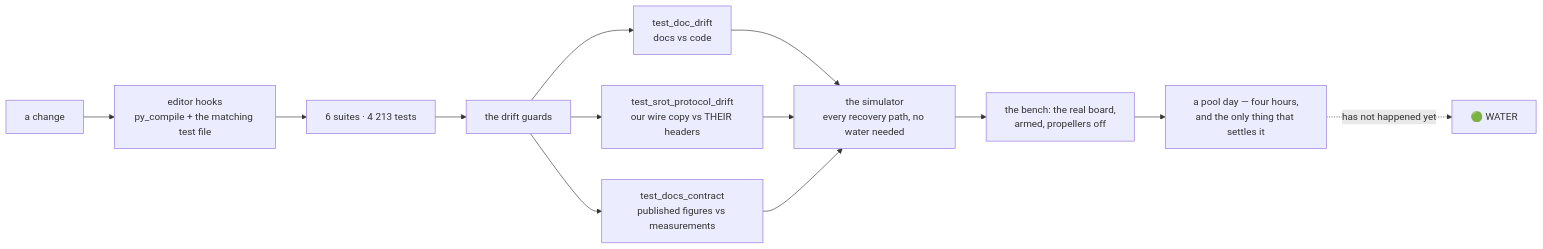
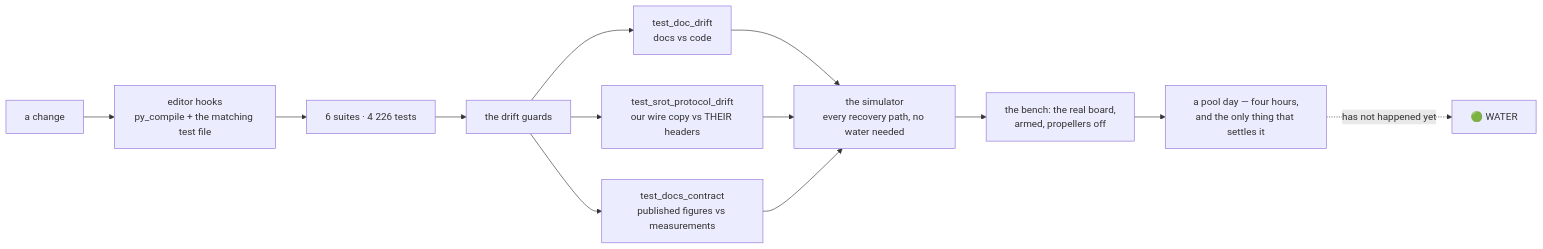
One commit to fh1m/mongla_ws changed the ninth of 10 diagrams in README.md. Above: the diagram before and after it, drawn with Mermaid. The commit also changed other lines of this file and 3 other files, not shown here.

````diff
--- a/README.md
+++ b/README.md
@@ -752,15 +752,15 @@
 ```mermaid
 flowchart LR
     DEV["a change"] --> HOOK["editor hooks<br/>py_compile + the matching test file"]
-    HOOK --> UNIT["6 suites · 4 213 tests"]
+    HOOK --> UNIT["6 suites · 4 226 tests"]
     UNIT --> GUARD["the drift guards"]
     GUARD --> G1["test_doc_drift<br/>docs vs code"]
     GUARD --> G2["test_srot_protocol_drift<br/>our wire copy vs THEIR headers"]
     GUARD --> G3["test_docs_contract<br/>published figures vs measurements"]
     G1 --> SIM["the simulator<br/>every recovery path, no water needed"]
     G2 --> SIM
     G3 --> SIM
     SIM --> BENCH["the bench: the real board,<br/>armed, propellers off"]
     BENCH --> POOL["a pool day — four hours,<br/>and the only thing that settles it"]
     POOL -.->|"has not happened yet"| WATER["🟢 WATER"]
 ```
````
